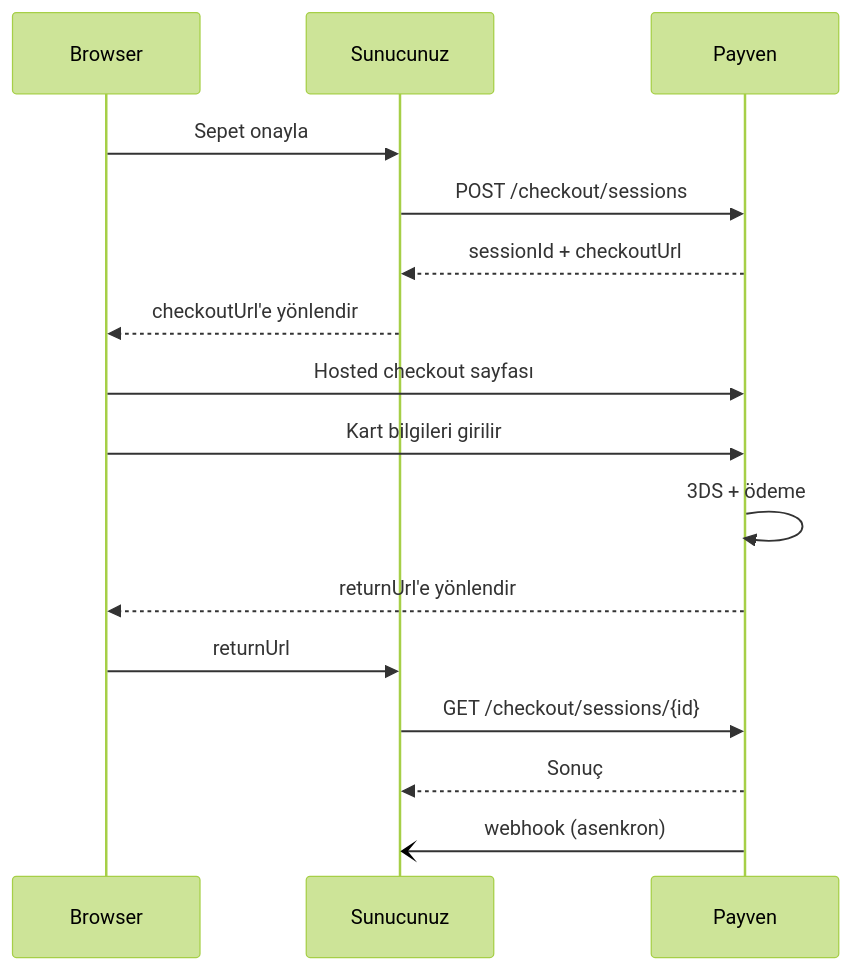
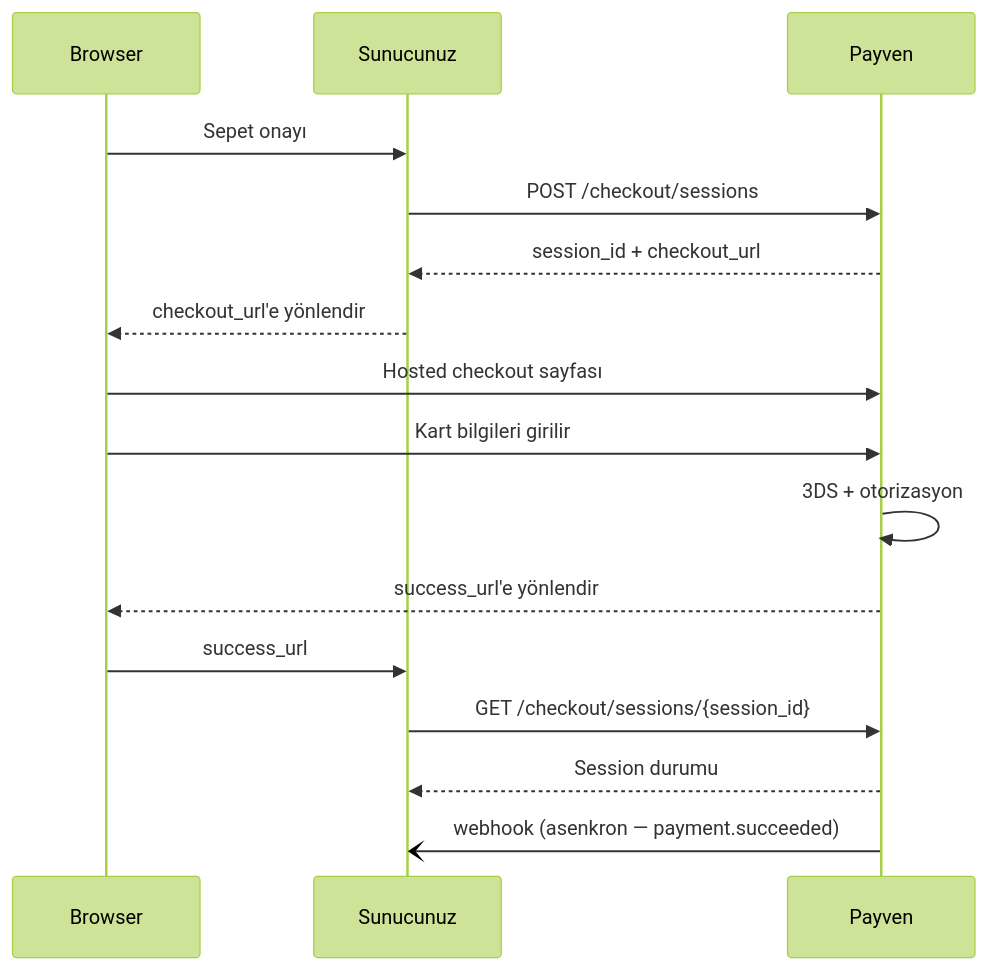
Before and after one commit to payment-pos/mintlify: the diagram in sanal-pos/payments/hosted-checkout.mdx, drawn with Mermaid (forest theme). The commit also changed other lines of this file and 45 other files, not shown here.

````diff
--- a/sanal-pos/payments/hosted-checkout.mdx
+++ b/sanal-pos/payments/hosted-checkout.mdx
@@ -19,19 +19,19 @@
 ```mermaid
 sequenceDiagram
     participant Browser
-    participant Server as Sunucunuz
+    participant App as Sunucunuz
     participant Payven
 
-    Browser->>Server: Sepet onayla
-    Server->>Payven: POST /checkout/sessions
-    Payven-->>Server: sessionId + checkoutUrl
-    Server-->>Browser: checkoutUrl'e yönlendir
+    Browser->>App: Sepet onayı
+    App->>Payven: POST /checkout/sessions
+    Payven-->>App: session_id + checkout_url
+    App-->>Browser: checkout_url'e yönlendir
     Browser->>Payven: Hosted checkout sayfası
     Browser->>Payven: Kart bilgileri girilir
-    Payven->>Payven: 3DS + ödeme
-    Payven-->>Browser: returnUrl'e yönlendir
-    Browser->>Server: returnUrl
-    Server->>Payven: GET /checkout/sessions/{id}
-    Payven-->>Server: Sonuç
-    Payven-)Server: webhook (asenkron)
+    Payven->>Payven: 3DS + otorizasyon
+    Payven-->>Browser: success_url'e yönlendir
+    Browser->>App: success_url
+    App->>Payven: GET /checkout/sessions/{session_id}
+    Payven-->>App: Session durumu
+    Payven-)App: webhook (asenkron — payment.succeeded)
 ```
````
